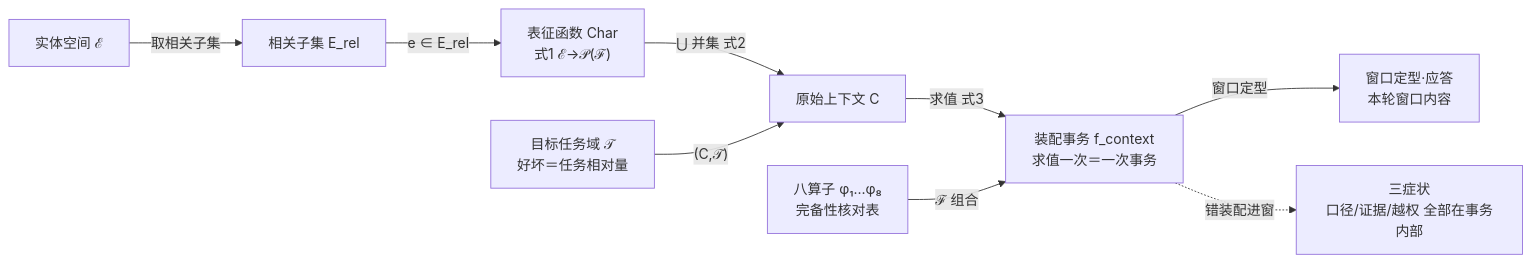
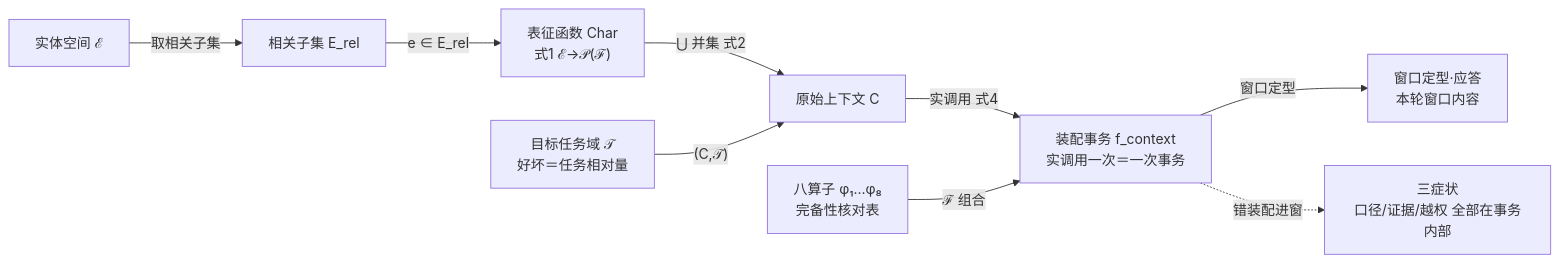
Before and after one commit to ThreeFish-AI/negentropy: the diagram in docs/assets/mermaid/cognitive-context/context-layer-blueprint--first-class-object.mmd, drawn with Mermaid. The commit also changed 14 other files, not shown here.

First line of the commit message:
docs(context-layer): first-class-object 图式4 口径同步 + 内容现行态清理（013 及连带 6 文件）;

```diff
--- a/docs/assets/mermaid/cognitive-context/context-layer-blueprint--first-class-object.mmd
+++ b/docs/assets/mermaid/cognitive-context/context-layer-blueprint--first-class-object.mmd
@@ -1,13 +1,14 @@
 %%source: docs/research/cognitive-context/013-context-layer-blueprint.md §2 第一性对象与分析单元（式2 并集、式3/4 装配事务；三症状三病灶冻结口径）
 %%slug: cognitive-context/context-layer-blueprint--first-class-object
 %%type: dataflow
 %%derived: archify dataflow v1, authored fresh（新图：ℰ→E_rel→Char→C→(C,𝒯)→f_context 装配事务主链；三症状挂事务内部、八算子作加工位）
+%% fix: 2026-10-10 式3→式4 口径对齐正文 §2.4
 flowchart LR
     ESPACE["实体空间 ℰ"] -->|"取相关子集"| EREL["相关子集 E_rel"]
     EREL -->|"e ∈ E_rel"| CHAR["表征函数 Char<br/>式1 ℰ→𝒫(ℱ)"]
     CHAR -->|"⋃ 并集 式2"| C["原始上下文 C"]
     TASK["目标任务域 𝒯<br/>好坏＝任务相对量"] -->|"(C,𝒯)"| C
-    C -->|"求值 式3"| TXN["装配事务 f_context<br/>求值一次＝一次事务"]
+    C -->|"实调用 式4"| TXN["装配事务 f_context<br/>实调用一次＝一次事务"]
     OPS["八算子 φ₁…φ₈<br/>完备性核对表"] -->|"ℱ 组合"| TXN
     TXN -->|"窗口定型"| ANSWER["窗口定型·应答<br/>本轮窗口内容"]
     TXN -.->|"错装配进窗"| SYM["三症状<br/>口径/证据/越权 全部在事务内部"]
```
